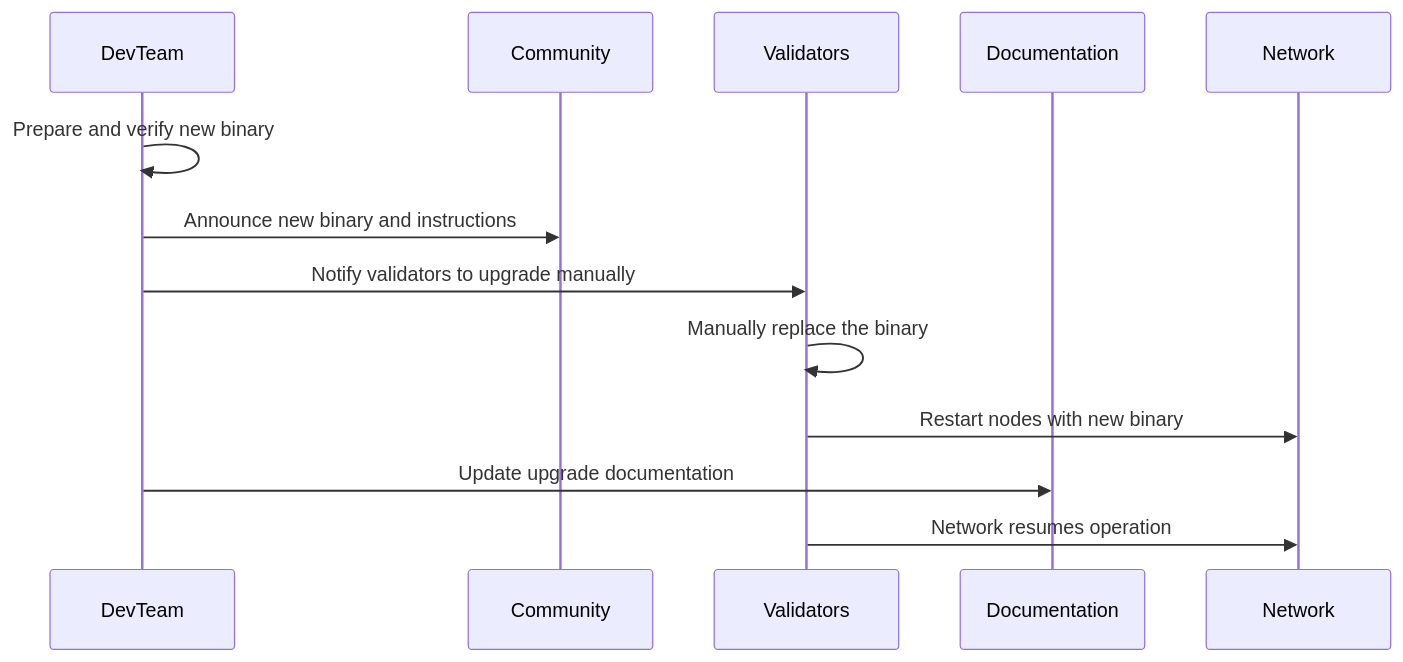
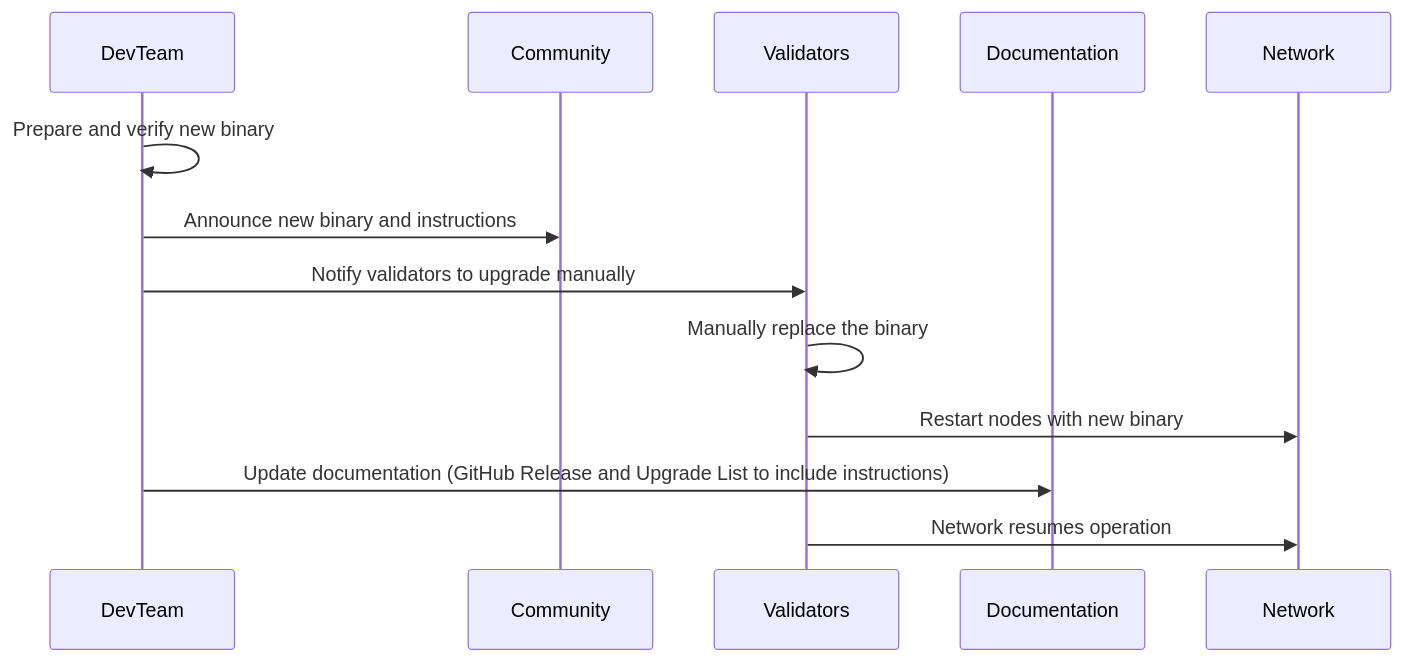
Before and after one commit to pokt-network/poktroll: the first of 2 diagrams in docusaurus/docs/develop/developer_guide/recovery_from_chain_halt.md, drawn with Mermaid. The commit also changed other lines of this file and 5 other files, not shown here.

````diff
--- a/docusaurus/docs/develop/developer_guide/recovery_from_chain_halt.md
+++ b/docusaurus/docs/develop/developer_guide/recovery_from_chain_halt.md
@@ -68,17 +68,17 @@
 ```mermaid
 sequenceDiagram
     participant DevTeam
     participant Community
     participant Validators
     participant Documentation
     participant Network
 
     DevTeam->>DevTeam: Prepare and verify new binary
     DevTeam->>Community: Announce new binary and instructions
     DevTeam->>Validators: Notify validators to upgrade manually
     Validators->>Validators: Manually replace the binary
     Validators->>Network: Restart nodes with new binary
-    DevTeam->>Documentation: Update upgrade documentation
+    DevTeam->>Documentation: Update documentation (GitHub Release and Upgrade List to include instructions)
     Validators->>Network: Network resumes operation
 
 ```
````
